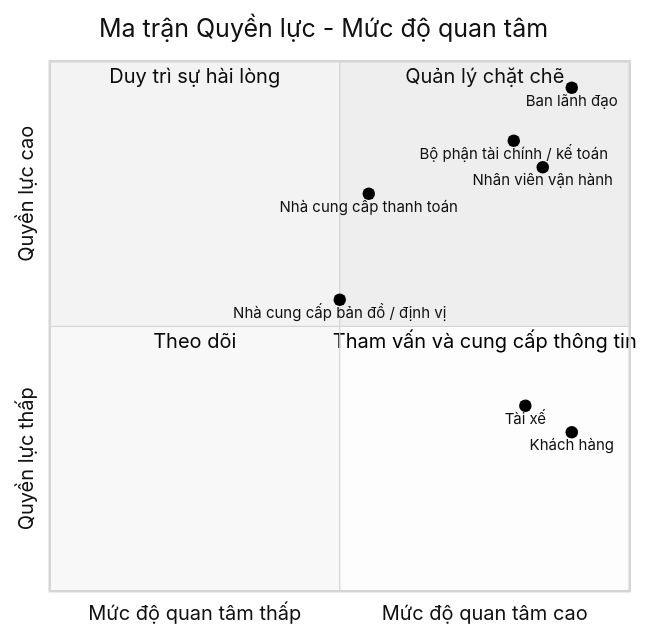
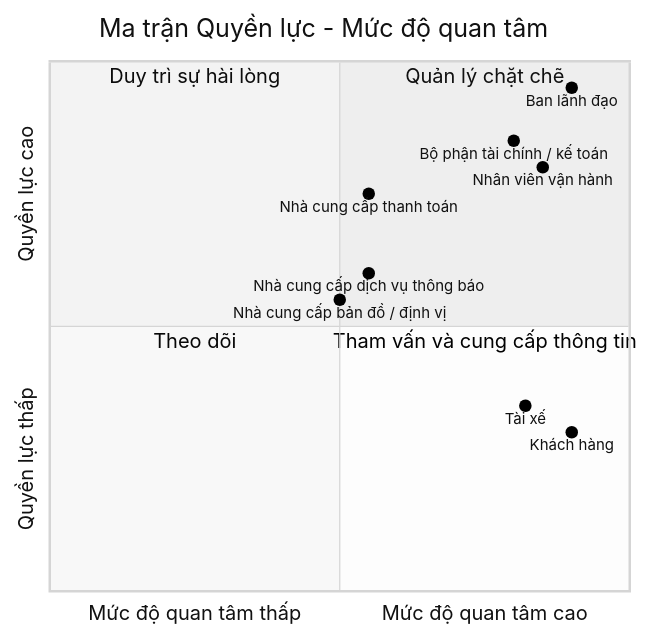
Before and after one commit to ThienPhuc2302/23630751_LeMinhThienPhuc_Cabsystem: the diagram in README.md, drawn with Mermaid (neutral theme). The commit also changed other lines of this file, not shown here.

````diff
--- a/README.md
+++ b/README.md
@@ -18,19 +19,20 @@
 ```mermaid
 quadrantChart
     title Ma trận Quyền lực - Mức độ quan tâm
     x-axis "Mức độ quan tâm thấp" --> "Mức độ quan tâm cao"
     y-axis "Quyền lực thấp" --> "Quyền lực cao"
 
     quadrant-1 "Quản lý chặt chẽ"
     quadrant-2 "Duy trì sự hài lòng"
     quadrant-3 "Theo dõi"
     quadrant-4 "Tham vấn và cung cấp thông tin"
 
     "Ban lãnh đạo": [0.90, 0.95]
     "Khách hàng": [0.90, 0.30]
     "Tài xế": [0.82, 0.35]
     "Nhân viên vận hành": [0.85, 0.80]
     "Nhà cung cấp thanh toán": [0.55, 0.75]
     "Bộ phận tài chính / kế toán": [0.80, 0.85]
     "Nhà cung cấp bản đồ / định vị": [0.50, 0.55]
+    "Nhà cung cấp dịch vụ thông báo": [0.55, 0.60]
 ```
````
